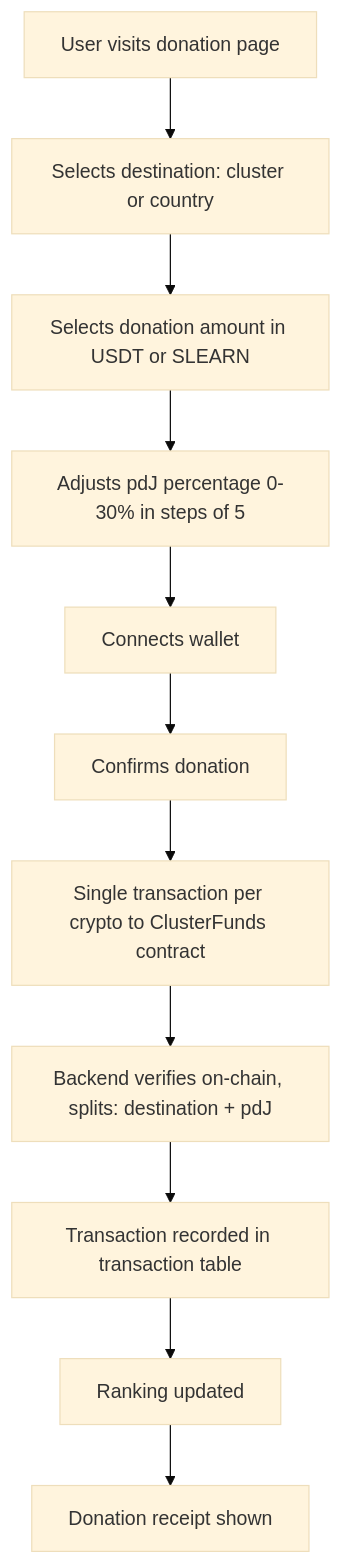
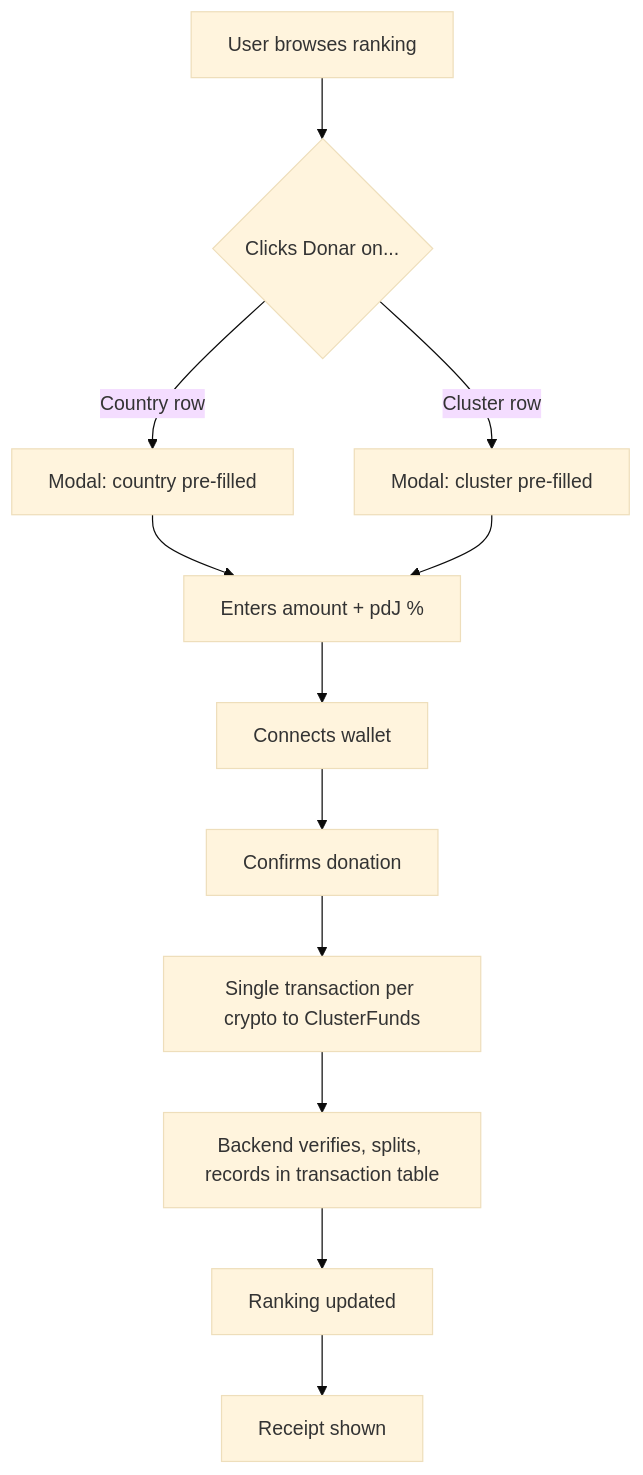
The diagram in REQ/156.md (pasosdeJesus/learn.tg), drawn with Mermaid (base theme) before and after one commit. The commit also changed other lines of this file and 11 other files, not shown here.

````diff
--- a/REQ/156.md
+++ b/REQ/156.md
@@ -22,13 +45,14 @@
 ```mermaid
 flowchart TB
-    A[User visits donation page] --> B[Selects destination: cluster or country]
-    B --> C[Selects donation amount in USDT or SLEARN]
-    C --> D[Adjusts pdJ percentage 0-30% in steps of 5]
-    D --> E[Connects wallet]
-    E --> F[Confirms donation]
-    F --> G[Single transaction per crypto to ClusterFunds contract]
-    G --> H[Backend verifies on-chain, splits: destination + pdJ]
-    H --> I[Transaction recorded in transaction table]
+    A[User browses ranking] --> B{Clicks Donar on...}
+    B -->|Country row| C[Modal: country pre-filled]
+    B -->|Cluster row| D[Modal: cluster pre-filled]
+    C --> E[Enters amount + pdJ %]
+    D --> E
+    E --> F[Connects wallet]
+    F --> G[Confirms donation]
+    G --> H[Single transaction per crypto to ClusterFunds]
+    H --> I[Backend verifies, splits, records in transaction table]
     I --> J[Ranking updated]
-    J --> K[Donation receipt shown]
+    J --> K[Receipt shown]
 ```
````
